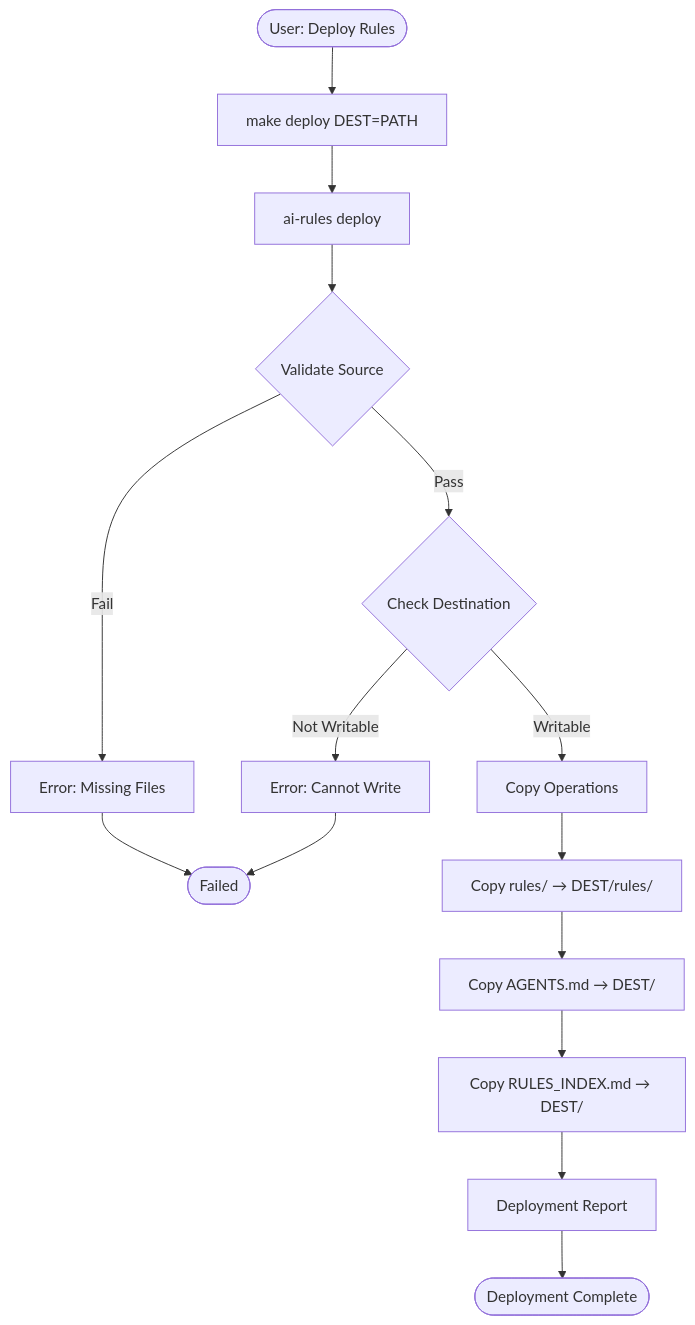
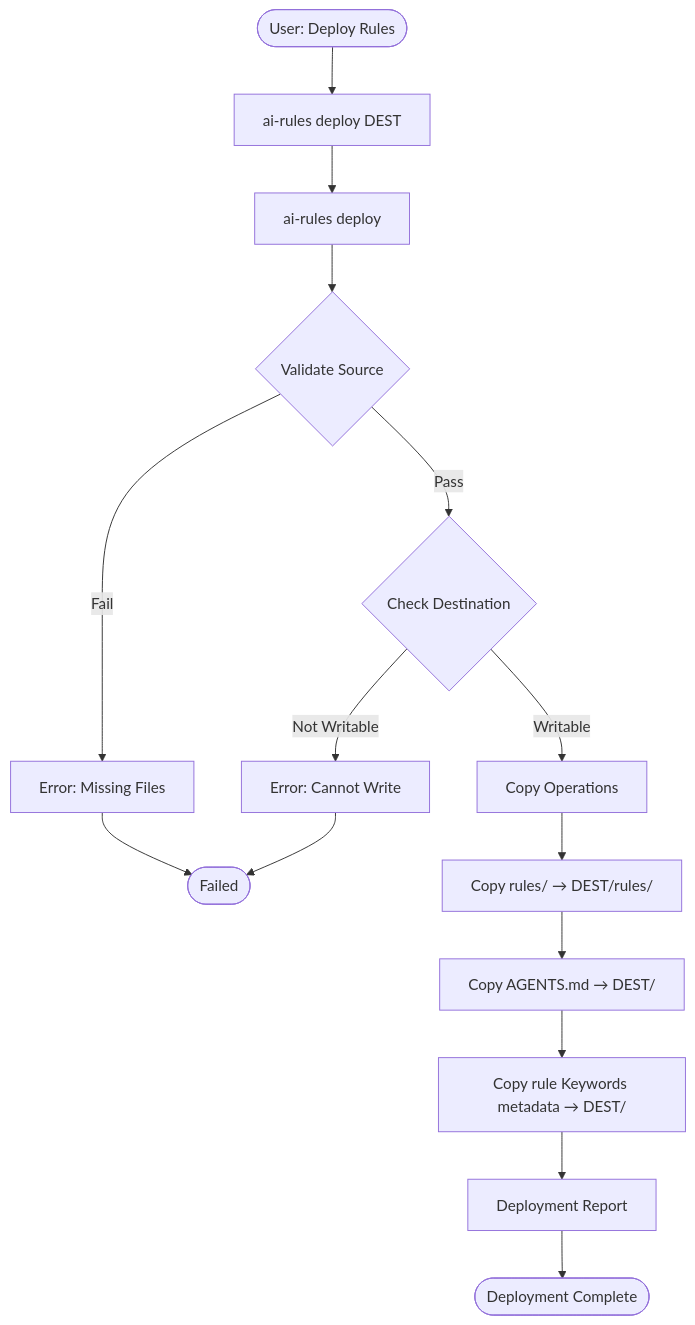
Before and after one commit to sfc-gh-myoung/ai_coding_rules: the second of 2 diagrams in docs/ARCHITECTURE.md, drawn with Mermaid. The commit also changed other lines of this file and 12 other files, not shown here.

First line of the commit message:
docs: update architecture, add dev CLI guide, refresh project docs

````diff
--- a/docs/ARCHITECTURE.md
+++ b/docs/ARCHITECTURE.md
@@ -392,18 +395,18 @@
 ```mermaid
 flowchart TD
     Start([User: Deploy Rules]) --> Command
-    Command[make deploy DEST=PATH] --> Deployer
+    Command["ai-rules deploy DEST"] --> Deployer
     Deployer[ai-rules deploy] --> Validate{Validate Source}
     Validate -->|Fail| Error[Error: Missing Files]
     Validate -->|Pass| CheckDest{Check Destination}
     CheckDest -->|Not Writable| Error2[Error: Cannot Write]
     CheckDest -->|Writable| Copy
     Copy[Copy Operations] --> CopyRules[Copy rules/ → DEST/rules/]
     CopyRules --> CopyAgents[Copy AGENTS.md → DEST/]
-    CopyAgents --> CopyIndex[Copy RULES_INDEX.md → DEST/]
+    CopyAgents --> CopyIndex[Copy rule Keywords metadata → DEST/]
     CopyIndex --> Report[Deployment Report]
     Report --> Success([Deployment Complete])
 
     Error --> End([Failed])
     Error2 --> End
 ```
````
